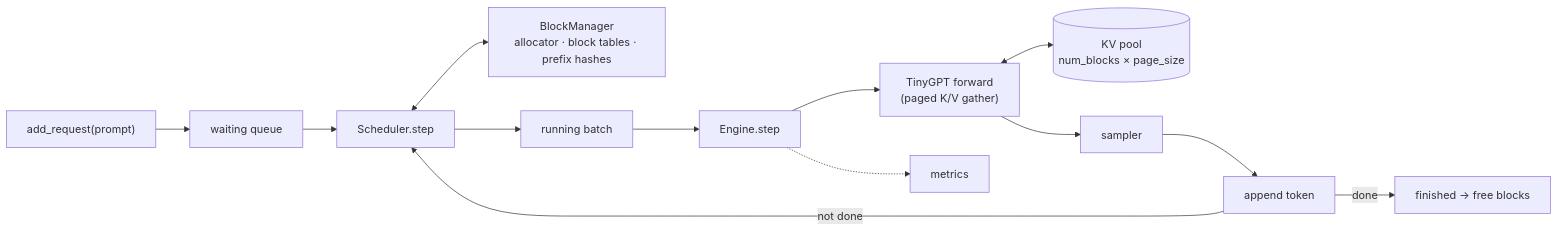
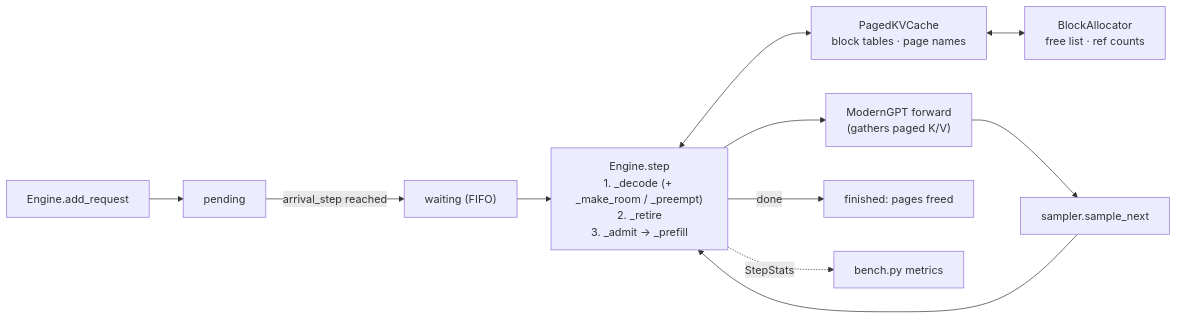
One commit to Analyst-Harsh/pico-vllm changed the diagram in docs/DESIGN.md. Above: the diagram before and after it, drawn with Mermaid. The commit also changed other lines of this file and 44 other files, not shown here.

````diff
--- a/docs/DESIGN.md
+++ b/docs/DESIGN.md
@@ -47,14 +47,13 @@
 ```mermaid
 flowchart LR
-  REQ["add_request(prompt)"] --> WQ["waiting queue"]
-  WQ --> SCH["Scheduler.step"]
-  SCH <--> BM["BlockManager<br/>allocator · block tables · prefix hashes"]
-  SCH --> RUN["running batch"]
-  RUN --> ENG["Engine.step"]
-  ENG --> GPT["TinyGPT forward<br/>(paged K/V gather)"]
-  GPT <--> KV[("KV pool<br/>num_blocks × page_size")]
-  GPT --> SMP["sampler"] --> APP["append token"]
-  APP -- "done" --> FIN["finished → free blocks"]
-  APP -- "not done" --> SCH
-  ENG -.-> MET["metrics"]
+  REQ["Engine.add_request"] --> PEND["pending"]
+  PEND -- "arrival_step reached" --> WQ["waiting (FIFO)"]
+  WQ --> STEP["Engine.step<br>1. _decode (+ _make_room / _preempt)<br>2. _retire<br>3. _admit → _prefill"]
+  STEP <--> PKV["PagedKVCache<br>block tables · page names"]
+  PKV <--> BA["BlockAllocator<br>free list · ref counts"]
+  STEP --> GPT["ModernGPT forward<br>(gathers paged K/V)"]
+  GPT --> SMP["sampler.sample_next"]
+  SMP --> STEP
+  STEP -- "done" --> FIN["finished: pages freed"]
+  STEP -. "StepStats" .-> MET["bench.py metrics"]
 ```
````
